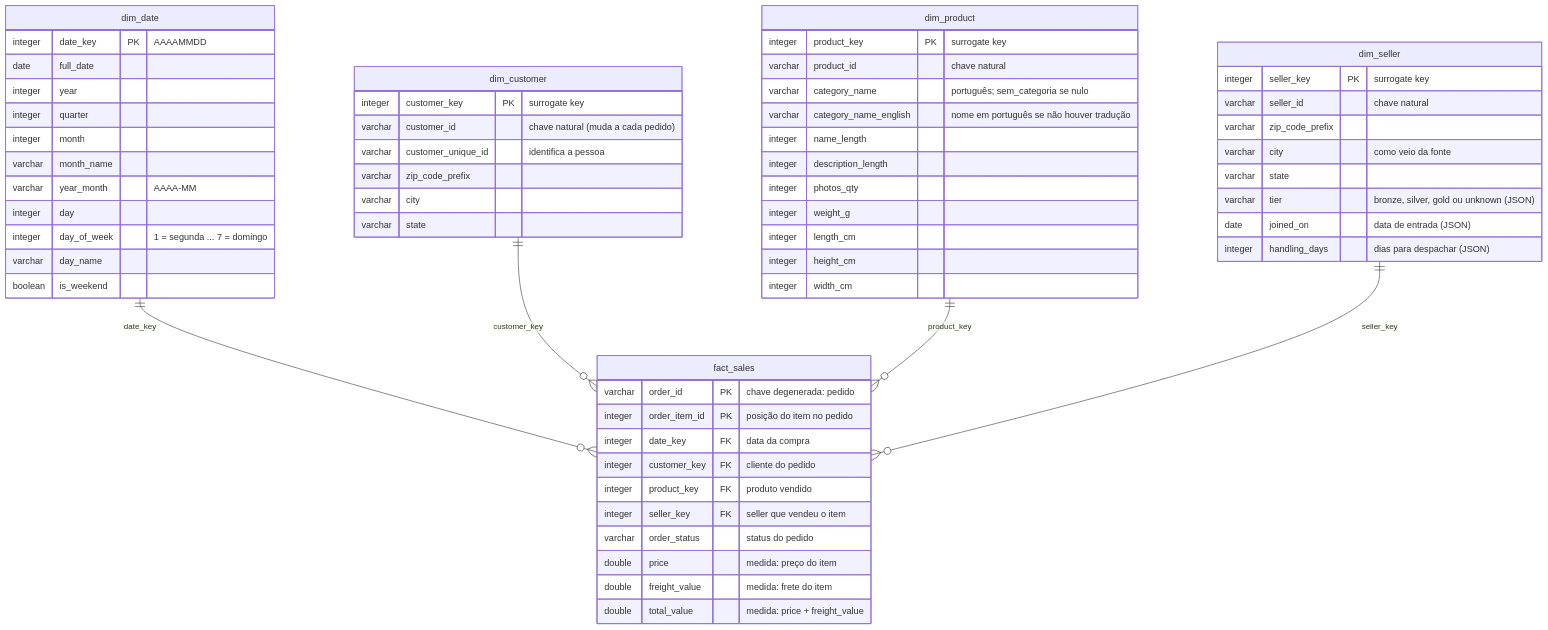
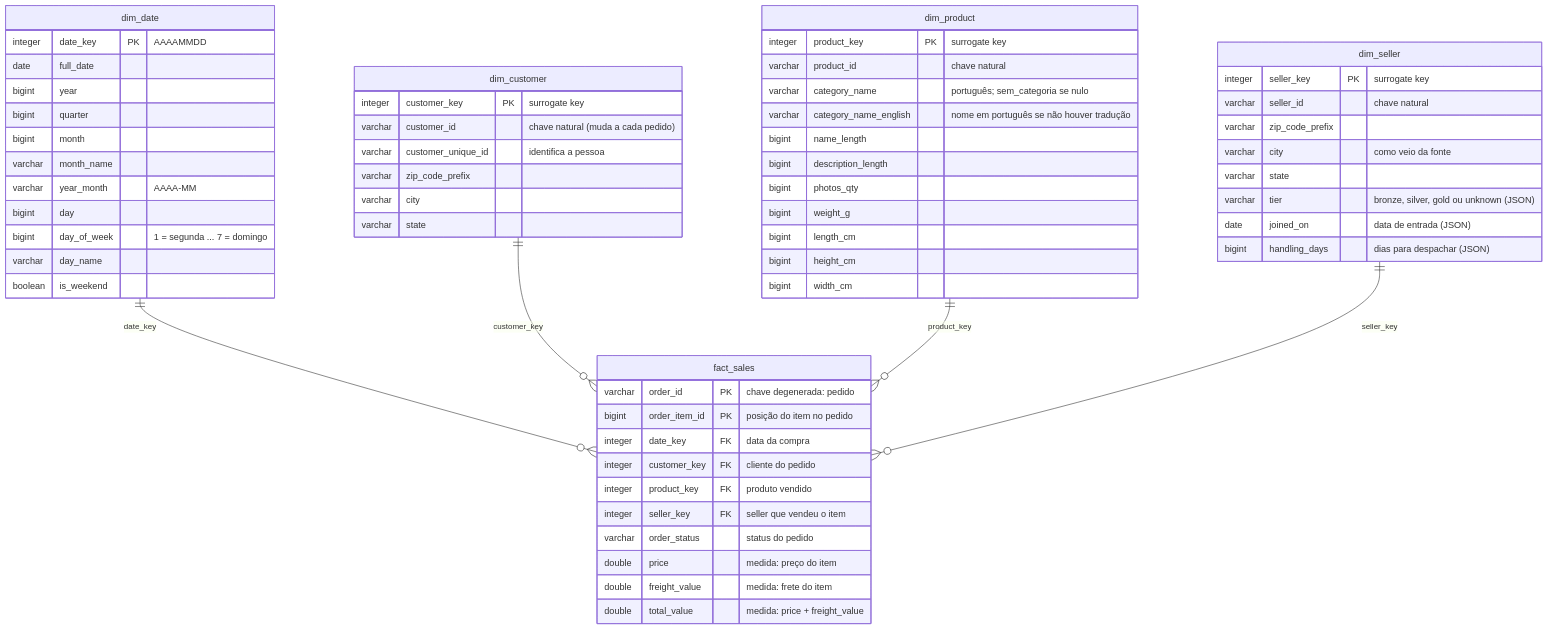
One commit to HenriqueBelloli/UPB_ED changed the diagram in architecture/star_schema.md. Above: the diagram before and after it, drawn with Mermaid. The commit also changed 3 other files, not shown here.

First line of the commit message:
feat: implementa o star schema no build_model.sql

````diff
--- a/architecture/star_schema.md
+++ b/architecture/star_schema.md
@@ -7,68 +7,68 @@
 ```mermaid
 erDiagram
     dim_date     ||--o{ fact_sales : "date_key"
     dim_customer ||--o{ fact_sales : "customer_key"
     dim_product  ||--o{ fact_sales : "product_key"
     dim_seller   ||--o{ fact_sales : "seller_key"
 
     fact_sales {
         varchar order_id PK "chave degenerada: pedido"
-        integer order_item_id PK "posição do item no pedido"
+        bigint order_item_id PK "posição do item no pedido"
         integer date_key FK "data da compra"
         integer customer_key FK "cliente do pedido"
         integer product_key FK "produto vendido"
         integer seller_key FK "seller que vendeu o item"
         varchar order_status "status do pedido"
         double price "medida: preço do item"
         double freight_value "medida: frete do item"
         double total_value "medida: price + freight_value"
     }
 
     dim_date {
         integer date_key PK "AAAAMMDD"
         date full_date
-        integer year
-        integer quarter
-        integer month
+        bigint year
+        bigint quarter
+        bigint month
         varchar month_name
         varchar year_month "AAAA-MM"
-        integer day
-        integer day_of_week "1 = segunda ... 7 = domingo"
+        bigint day
+        bigint day_of_week "1 = segunda ... 7 = domingo"
         varchar day_name
         boolean is_weekend
     }
 
     dim_customer {
         integer customer_key PK "surrogate key"
         varchar customer_id "chave natural (muda a cada pedido)"
         varchar customer_unique_id "identifica a pessoa"
         varchar zip_code_prefix
         varchar city
         varchar state
     }
 
     dim_product {
         integer product_key PK "surrogate key"
         varchar product_id "chave natural"
         varchar category_name "português; sem_categoria se nulo"
         varchar category_name_english "nome em português se não houver tradução"
-        integer name_length
-        integer description_length
-        integer photos_qty
-        integer weight_g
-        integer length_cm
-        integer height_cm
-        integer width_cm
+        bigint name_length
+        bigint description_length
+        bigint photos_qty
+        bigint weight_g
+        bigint length_cm
+        bigint height_cm
+        bigint width_cm
     }
 
     dim_seller {
         integer seller_key PK "surrogate key"
         varchar seller_id "chave natural"
         varchar zip_code_prefix
         varchar city "como veio da fonte"
         varchar state
         varchar tier "bronze, silver, gold ou unknown (JSON)"
         date joined_on "data de entrada (JSON)"
-        integer handling_days "dias para despachar (JSON)"
+        bigint handling_days "dias para despachar (JSON)"
     }
 ```
````
